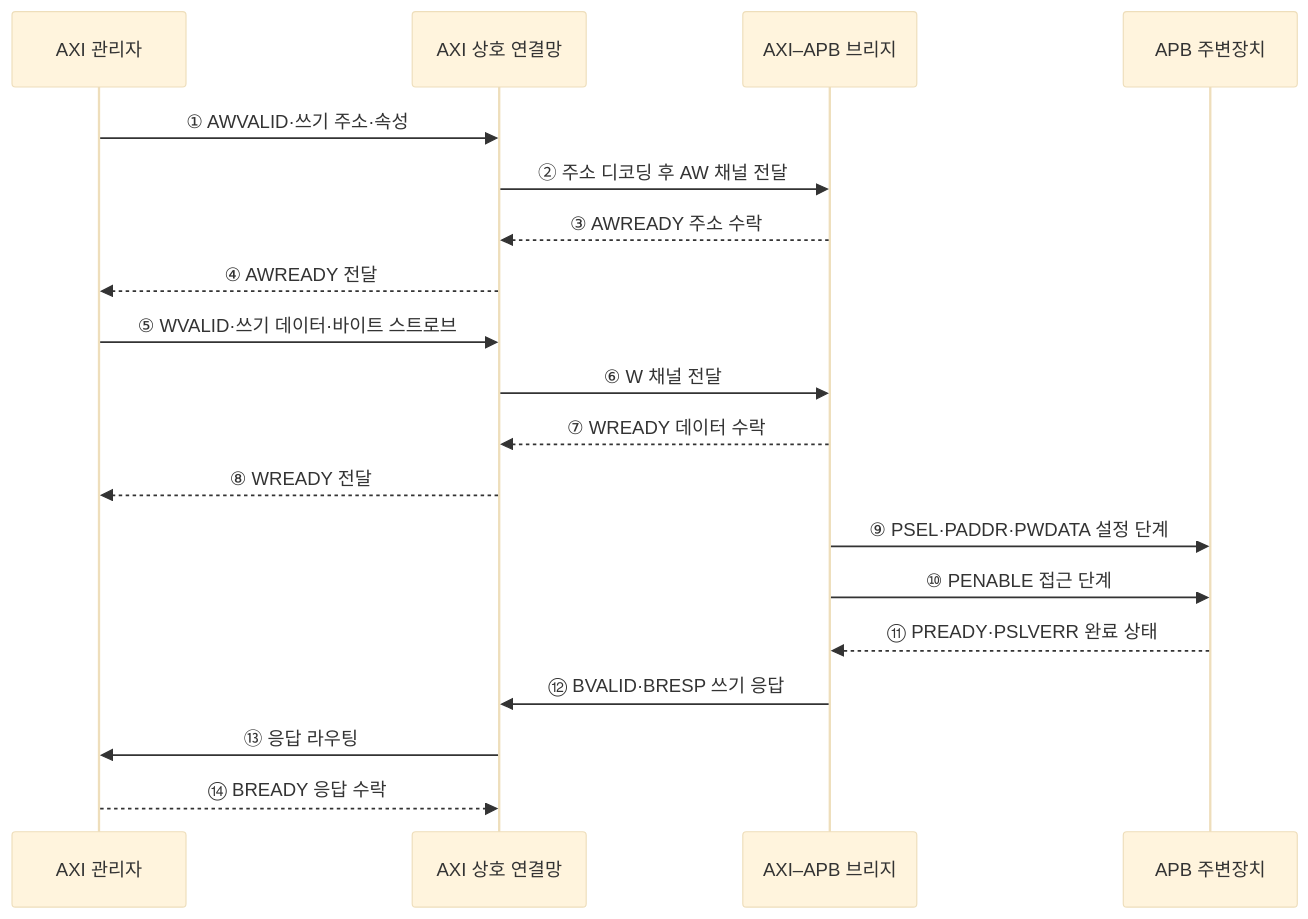
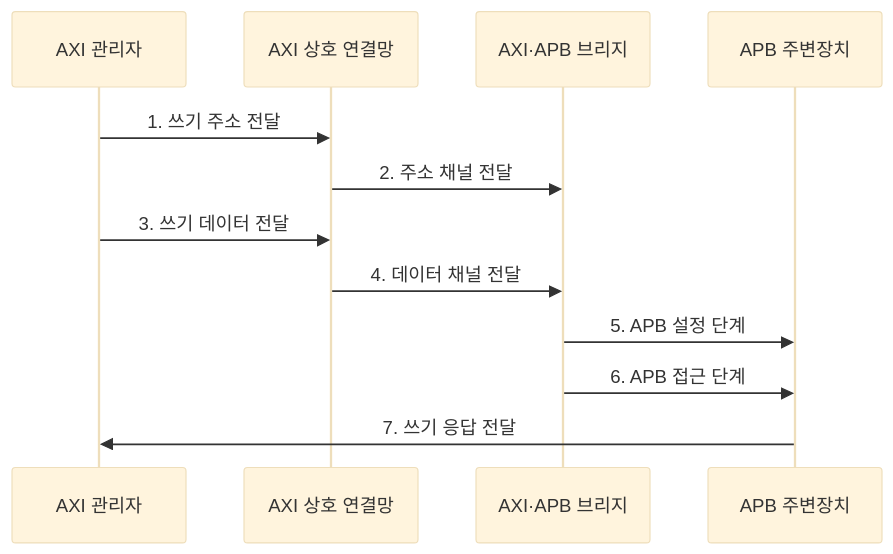
The second of 2 diagrams in src/content/docs/notes/02-hardware/078_amba_bus_protocol.md (agnusdei1207/knowledge-base), drawn with Mermaid (base theme) before and after one commit. The commit also changed other lines of this file and 20 other files, not shown here.

````diff
--- a/src/content/docs/notes/02-hardware/078_amba_bus_protocol.md
+++ b/src/content/docs/notes/02-hardware/078_amba_bus_protocol.md
@@ -76,22 +86,15 @@
 ```mermaid
 sequenceDiagram
     participant M as AXI 관리자
     participant I as AXI 상호 연결망
-    participant B as AXI–APB 브리지
+    participant B as AXI·APB 브리지
     participant P as APB 주변장치
 
-    M->>I: ① AWVALID·쓰기 주소·속성
-    I->>B: ② 주소 디코딩 후 AW 채널 전달
-    B-->>I: ③ AWREADY 주소 수락
-    I-->>M: ④ AWREADY 전달
-    M->>I: ⑤ WVALID·쓰기 데이터·바이트 스트로브
-    I->>B: ⑥ W 채널 전달
-    B-->>I: ⑦ WREADY 데이터 수락
-    I-->>M: ⑧ WREADY 전달
-    B->>P: ⑨ PSEL·PADDR·PWDATA 설정 단계
-    B->>P: ⑩ PENABLE 접근 단계
-    P-->>B: ⑪ PREADY·PSLVERR 완료 상태
-    B->>I: ⑫ BVALID·BRESP 쓰기 응답
-    I->>M: ⑬ 응답 라우팅
-    M-->>I: ⑭ BREADY 응답 수락
+    M->>I: 1. 쓰기 주소 전달
+    I->>B: 2. 주소 채널 전달
+    M->>I: 3. 쓰기 데이터 전달
+    I->>B: 4. 데이터 채널 전달
+    B->>P: 5. APB 설정 단계
+    B->>P: 6. APB 접근 단계
+    P->>M: 7. 쓰기 응답 전달
 ```
````
